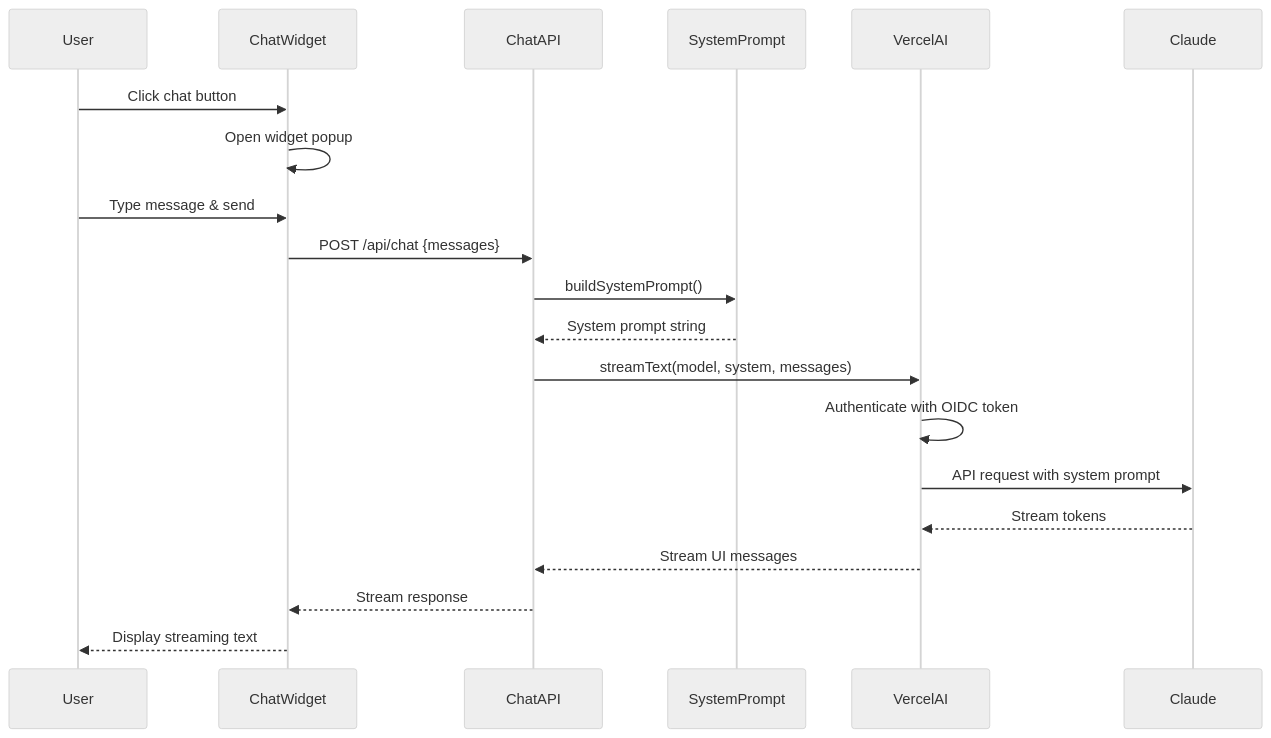
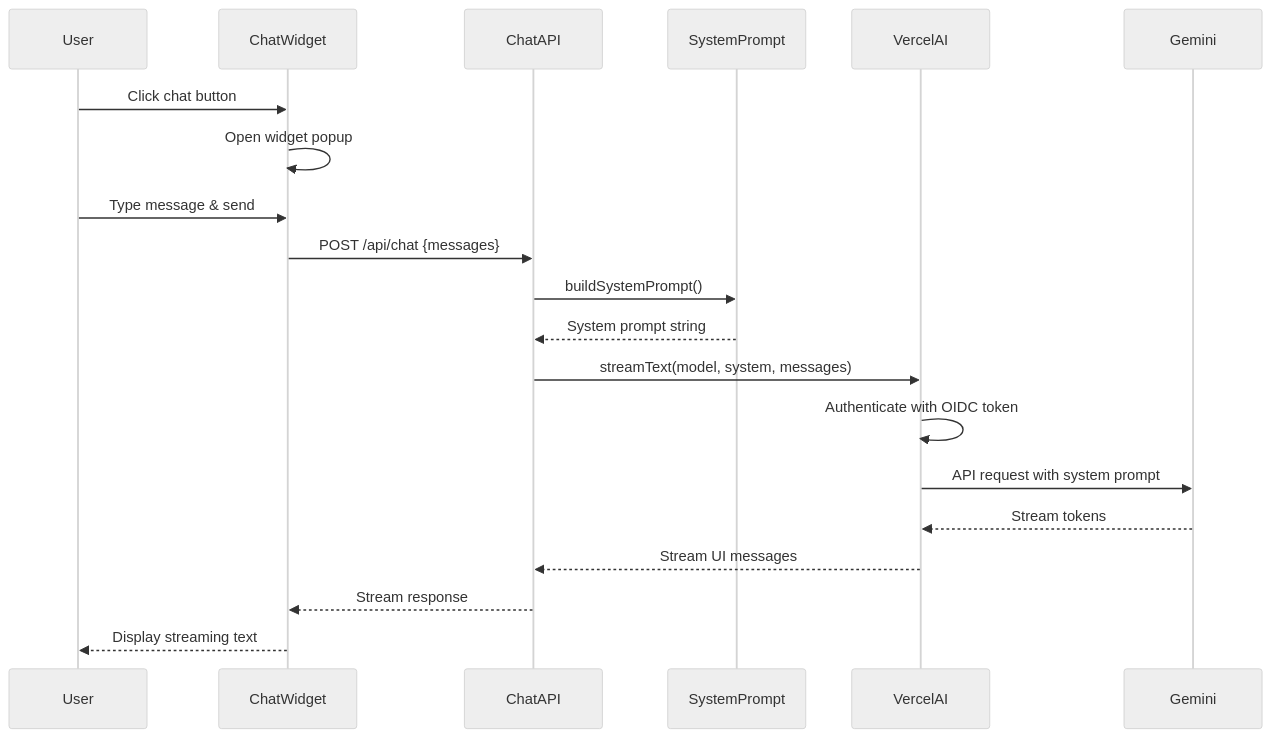
The second of 4 diagrams in progress-chat-bot.md (haco29/personal-website), drawn with Mermaid (neutral theme) before and after one commit. The commit also changed other lines of this file and 1 other file, not shown here.

First line of the commit message:
chat: Switch chat API to Claude Sonnet 4.5 constant (#13)

````diff
--- a/progress-chat-bot.md
+++ b/progress-chat-bot.md
@@ -64,23 +64,23 @@
 ```mermaid
 sequenceDiagram
     participant User
     participant ChatWidget
     participant ChatAPI
     participant SystemPrompt
     participant VercelAI
-    participant Claude
+    participant Gemini
 
     User->>ChatWidget: Click chat button
     ChatWidget->>ChatWidget: Open widget popup
     User->>ChatWidget: Type message & send
     ChatWidget->>ChatAPI: POST /api/chat {messages}
     ChatAPI->>SystemPrompt: buildSystemPrompt()
     SystemPrompt-->>ChatAPI: System prompt string
     ChatAPI->>VercelAI: streamText(model, system, messages)
     VercelAI->>VercelAI: Authenticate with OIDC token
-    VercelAI->>Claude: API request with system prompt
-    Claude-->>VercelAI: Stream tokens
+    VercelAI->>Gemini: API request with system prompt
+    Gemini-->>VercelAI: Stream tokens
     VercelAI-->>ChatAPI: Stream UI messages
     ChatAPI-->>ChatWidget: Stream response
     ChatWidget-->>User: Display streaming text
 ```
````
